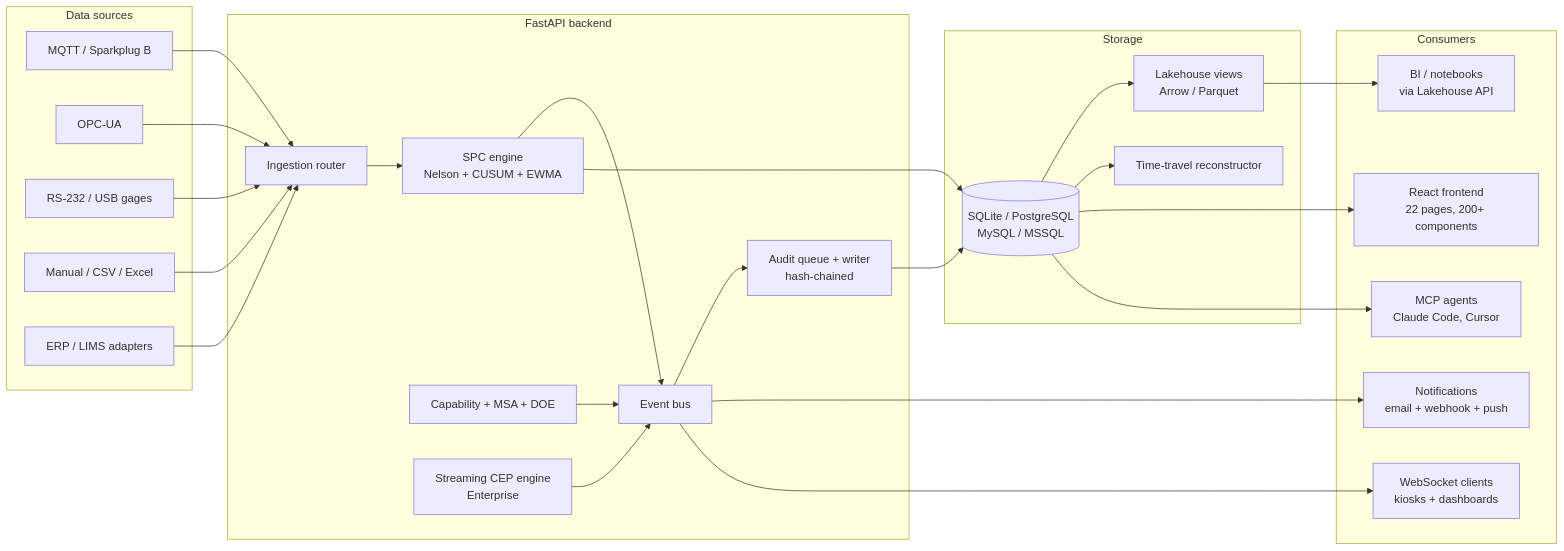
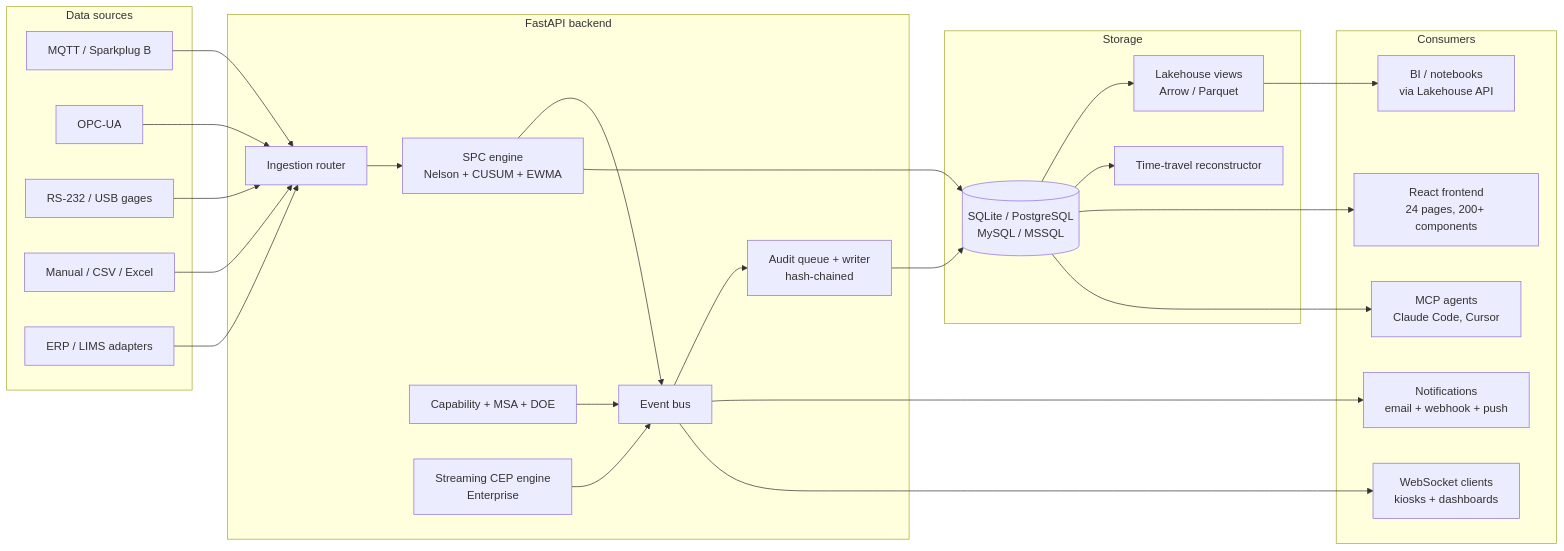
One commit to saturnis-io/cassini changed the diagram in README.md. Above: the diagram before and after it, drawn with Mermaid. The commit also changed other lines of this file and 8 other files, not shown here.

````diff
--- a/README.md
+++ b/README.md
@@ -684,55 +684,55 @@
 ```mermaid
 flowchart LR
     subgraph Sources["Data sources"]
         MQTT[MQTT / Sparkplug B]
         OPC[OPC-UA]
         Gage[RS-232 / USB gages]
         Manual[Manual / CSV / Excel]
         ERP[ERP / LIMS adapters]
     end
 
     subgraph Backend["FastAPI backend"]
         Ingest[Ingestion router]
         SPC[SPC engine<br/>Nelson + CUSUM + EWMA]
         Cap[Capability + MSA + DOE]
         CEP[Streaming CEP engine<br/>Enterprise]
         Audit[Audit queue + writer<br/>hash-chained]
         Bus[Event bus]
     end
 
     subgraph Storage["Storage"]
         DB[(SQLite / PostgreSQL<br/>MySQL / MSSQL)]
         Lake[Lakehouse views<br/>Arrow / Parquet]
         Replay[Time-travel reconstructor]
     end
 
     subgraph Consumers["Consumers"]
-        UI[React frontend<br/>22 pages, 200+ components]
+        UI[React frontend<br/>24 pages, 200+ components]
         WS[WebSocket clients<br/>kiosks + dashboards]
         Agent[MCP agents<br/>Claude Code, Cursor]
         BI[BI / notebooks<br/>via Lakehouse API]
         Notify[Notifications<br/>email + webhook + push]
     end
 
     MQTT --> Ingest
     OPC --> Ingest
     Gage --> Ingest
     Manual --> Ingest
     ERP --> Ingest
 
     Ingest --> SPC
     SPC --> Bus
     Cap --> Bus
     CEP --> Bus
     Bus --> Audit
     Bus --> Notify
     Audit --> DB
     SPC --> DB
     DB --> Lake
     DB --> Replay
 
     DB --> UI
     Bus --> WS
     DB --> Agent
     Lake --> BI
 ```
````
